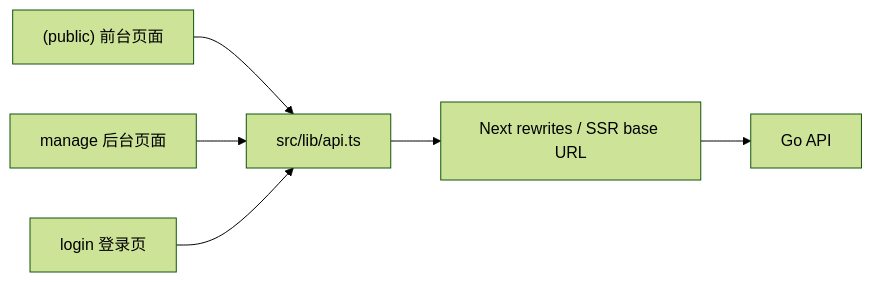
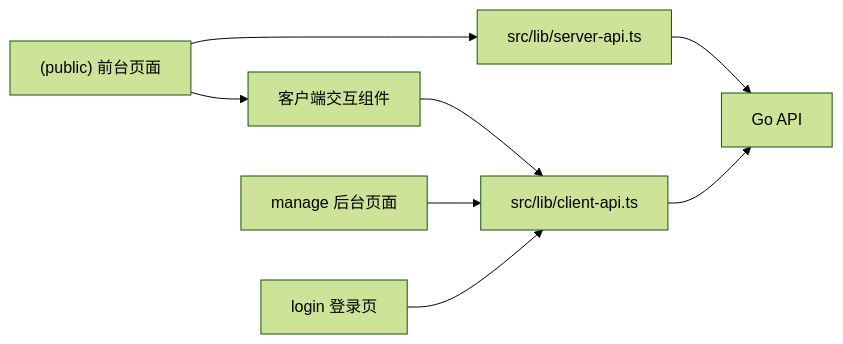
Before and after one commit to fe-spark/EcoHub: the first of 2 diagrams in web/README.md, drawn with Mermaid (forest theme). The commit also changed other lines of this file and 46 other files, not shown here.

````diff
--- a/web/README.md
+++ b/web/README.md
@@ -11,8 +11,10 @@
 ```mermaid
 flowchart LR
-    Public["(public) 前台页面"] --> API["src/lib/api.ts"]
-    Manage["manage 后台页面"] --> API
-    Login["login 登录页"] --> API
-    API --> Rewrite["Next rewrites / SSR base URL"]
-    Rewrite --> Backend["Go API"]
+    Public["(public) 前台页面"] --> ServerApi["src/lib/server-api.ts"]
+    Public --> ClientUi["客户端交互组件"]
+    ClientUi --> ClientApi["src/lib/client-api.ts"]
+    Manage["manage 后台页面"] --> ClientApi
+    Login["login 登录页"] --> ClientApi
+    ServerApi --> Backend["Go API"]
+    ClientApi --> Backend
 ```
````
